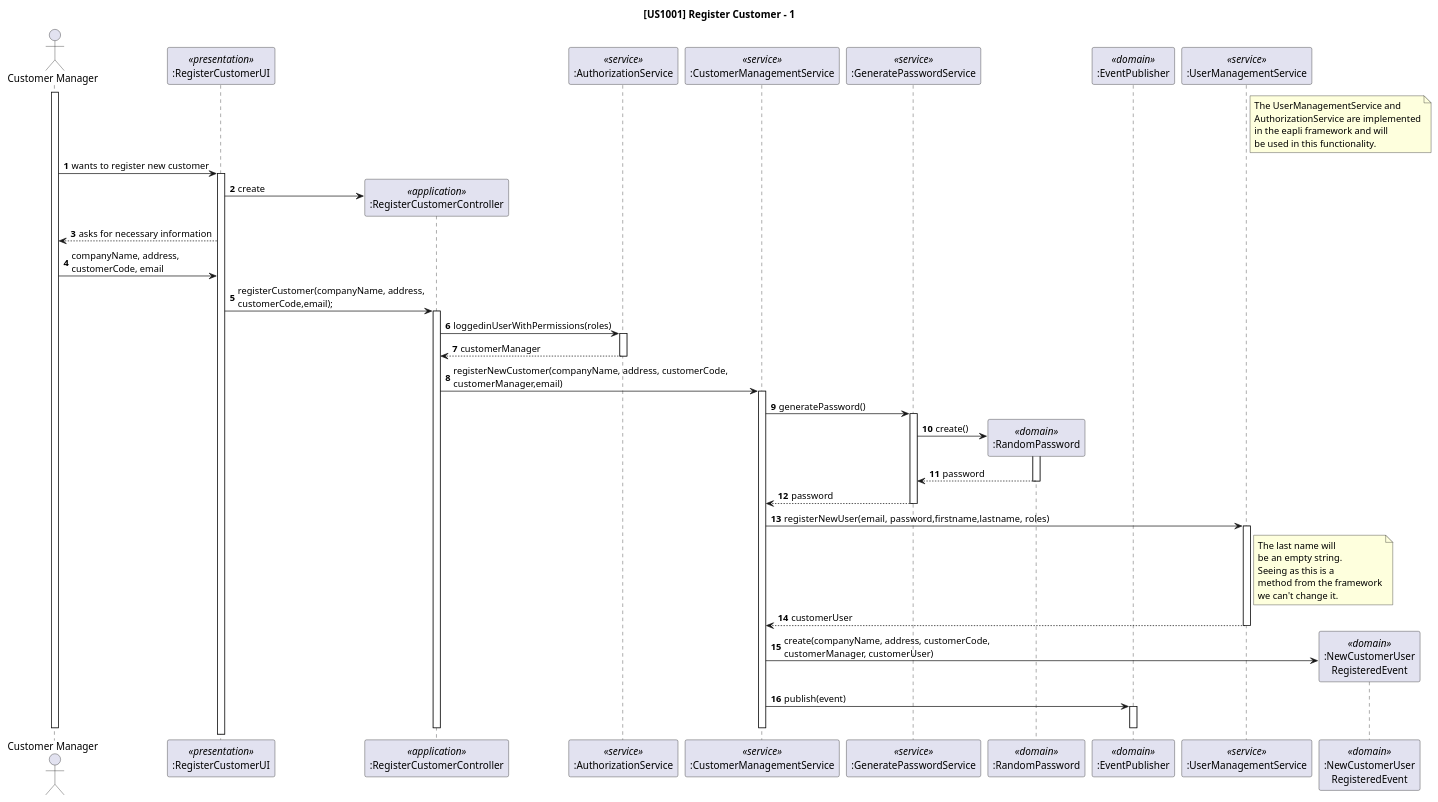
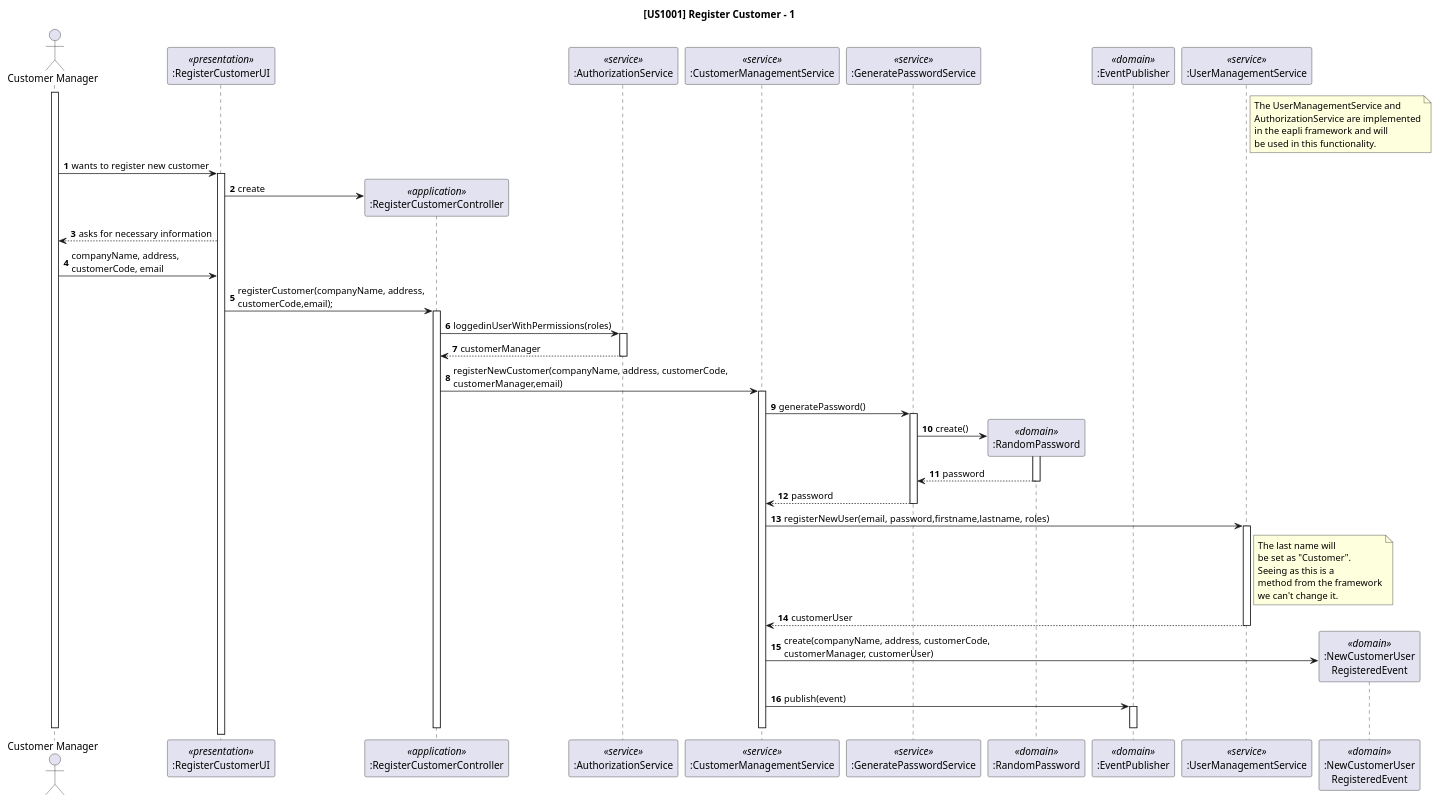
Before and after one commit to rita-barbosa/LAPR4-2324: the diagram in docs/sb_us_1001/sequence-diagram-register-customer.puml, drawn with PlantUML. The commit also changed 4 other files, not shown here.

```diff
--- a/docs/sb_us_1001/sequence-diagram-register-customer.puml
+++ b/docs/sb_us_1001/sequence-diagram-register-customer.puml
@@ -1,98 +1,98 @@
 @startuml
 autonumber
 
 title [US1001] Register Customer - 1
 
 actor "Customer Manager" as USER
 
 participant ":RegisterCustomerUI" as UI <<presentation>>
 participant ":RegisterCustomerController" as CTRL <<application>>
 participant ":AuthorizationService" as AUTHZ <<service>>
 participant ":CustomerManagementService" as EMS <<service>>
 participant ":GeneratePasswordService" as GPS <<service>>
 participant ":RandomPassword" as PG <<domain>>
 participant ":EventPublisher" as EP <<domain>>
 participant ":UserManagementService" as UMS <<service>>
 participant ":NewCustomerUser\nRegisteredEvent" as EVENT <<domain>>
 
 
 
 
 note right UMS
 The UserManagementService and
 AuthorizationService are implemented
 in the eapli framework and will
 be used in this functionality.
 end note
 
 activate USER
 
 USER -> UI: wants to register new customer
 activate UI
 
 UI -> CTRL**: create
 
 
 
 UI --> USER: asks for necessary information
 
 
 USER -> UI: companyName, address,\ncustomerCode, email
 UI -> CTRL: registerCustomer(companyName, address,\ncustomerCode,email);
 activate CTRL
 
 
 
 CTRL -> AUTHZ:  loggedinUserWithPermissions(roles)
 activate AUTHZ
 
 AUTHZ --> CTRL:  customerManager
 deactivate AUTHZ
 
 CTRL -> EMS: registerNewCustomer(companyName, address, customerCode,\ncustomerManager,email)
 activate EMS
 
 EMS -> GPS: generatePassword()
 activate GPS
 
 GPS -> PG**: create()
 activate PG
 
 PG --> GPS: password
 deactivate PG
 
 GPS --> EMS: password
 deactivate GPS
 
 EMS -> UMS: registerNewUser(email, password,firstname,lastname,  roles)
             activate UMS
 
 note right of UMS
 The last name will
-be an empty string.
+be set as "Customer".
 Seeing as this is a
 method from the framework
 we can't change it.
 end note
 
 UMS --> EMS: customerUser
 deactivate UMS
 
 
 
 EMS -> EVENT**: create(companyName, address, customerCode,\ncustomerManager, customerUser)
 
 EMS -> EP : publish(event)
 activate EP
 
 deactivate EP
 
 deactivate EMS
 
 
 deactivate CTRL
 
 
 deactivate USER
 
 @enduml
```
